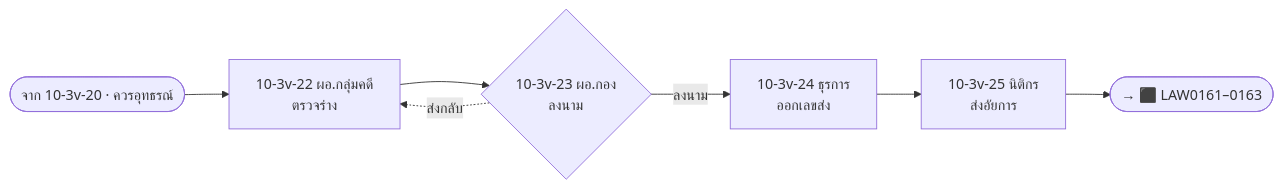
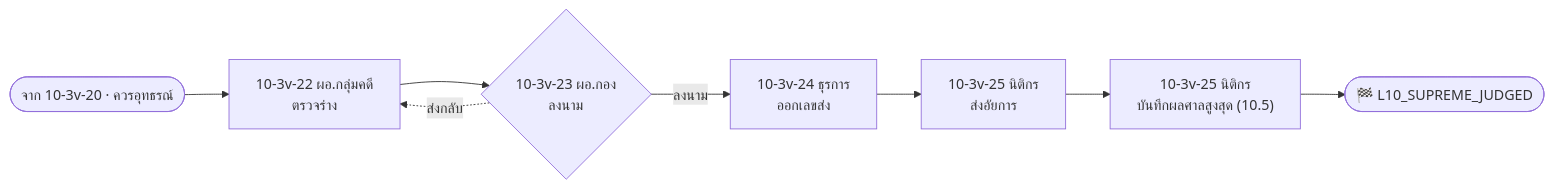
Before and after one commit to varitthon/E-CMIS-A4: the tenth of 13 diagrams in docs/activity10-flow-10.3.md, drawn with Mermaid. The commit also changed other lines of this file and 169 other files, not shown here.

````diff
--- a/docs/activity10-flow-10.3.md
+++ b/docs/activity10-flow-10.3.md
@@ -256,7 +275,7 @@
 ```mermaid
 flowchart LR
   S(["จาก 10-3v-20 · ควรอุทธรณ์"]) --> V22["10-3v-22 ผอ.กลุ่มคดี<br/>ตรวจร่าง"] --> V23{"10-3v-23 ผอ.กอง<br/>ลงนาม"}
   V23 -. ส่งกลับ .-> V22
-  V23 -- ลงนาม --> V24["10-3v-24 ธุรการ<br/>ออกเลขส่ง"] --> V25["10-3v-25 นิติกร<br/>ส่งอัยการ"] --> O(["→ ⬛ LAW0161–0163"])
+  V23 -- ลงนาม --> V24["10-3v-24 ธุรการ<br/>ออกเลขส่ง"] --> V25["10-3v-25 นิติกร<br/>ส่งอัยการ"] --> V25b["10-3v-25 นิติกร<br/>บันทึกผลศาลสูงสุด (10.5)"] --> T(["🏁 L10_SUPREME_JUDGED"])
   classDef ext fill:#eeeeee,stroke:#999999,stroke-dasharray:5 5,color:#555555
 ```
````
